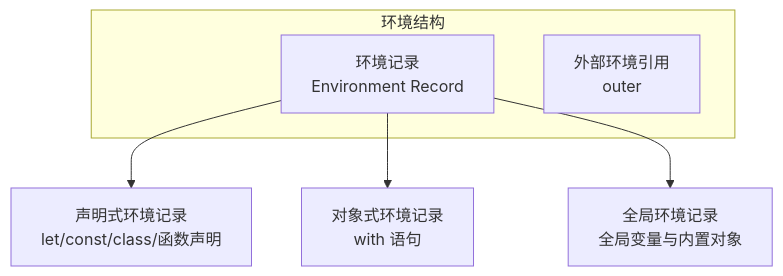
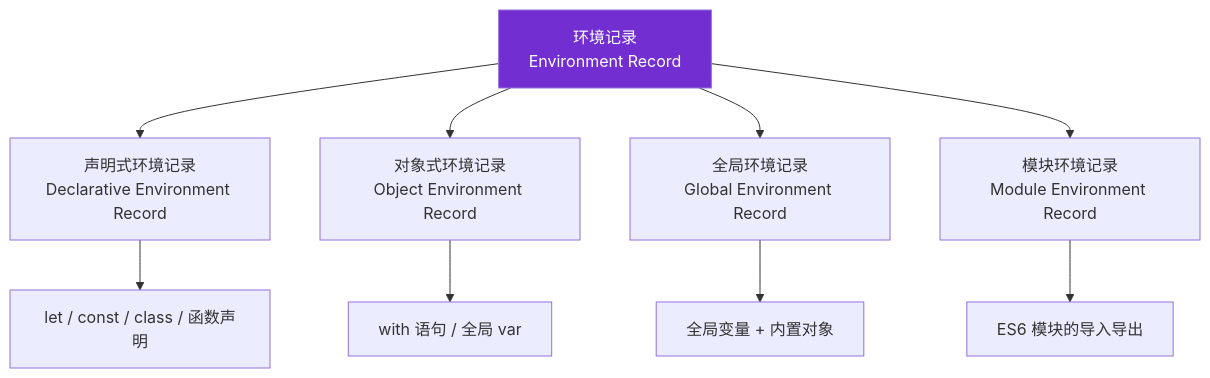
Before and after one commit to mansteinr/note-book: the fifth of 19 diagrams in JavaScript/06-执行上下文.md, drawn with Mermaid. The commit also changed other lines of this file and 6 other files, not shown here.

````diff
--- a/JavaScript/06-执行上下文.md
+++ b/JavaScript/06-执行上下文.md
@@ -73,11 +391,15 @@
 ```mermaid
 flowchart TB
-    subgraph LE[环境结构]
-        ER[环境记录<br/>Environment Record]
-        OUTER[外部环境引用<br/>outer]
-    end
+    ER[环境记录<br/>Environment Record]
+    ER --> DER[声明式环境记录<br/>Declarative Environment Record]
+    ER --> OER[对象式环境记录<br/>Object Environment Record]
+    ER --> GER[全局环境记录<br/>Global Environment Record]
+    ER --> MER[模块环境记录<br/>Module Environment Record]
 
-    ER --> ER1[声明式环境记录<br/>let/const/class/函数声明]
-    ER --> ER2[对象式环境记录<br/>with 语句]
-    ER --> ER3[全局环境记录<br/>全局变量与内置对象]
+    DER --> DER1[let / const / class / 函数声明]
+    OER --> OER1[with 语句 / 全局 var]
+    GER --> GER1[全局变量 + 内置对象]
+    MER --> MER1[ES6 模块的导入导出]
+
+    style ER fill:#722ed1,color:#fff
 ```
````
